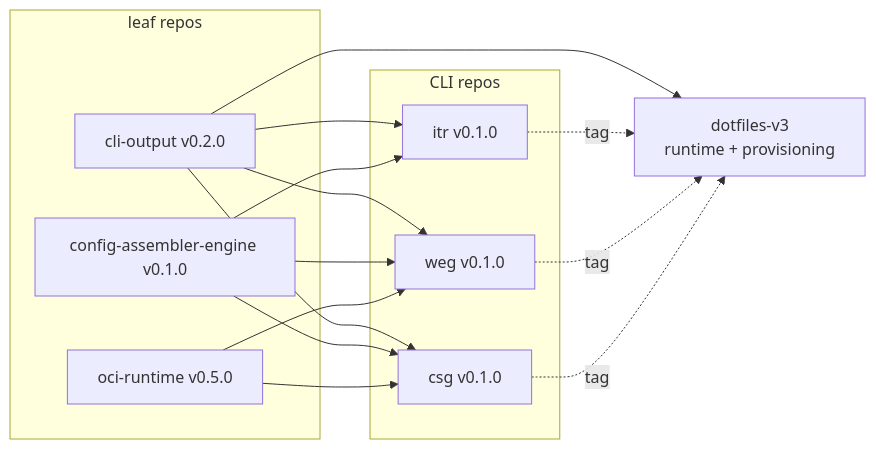
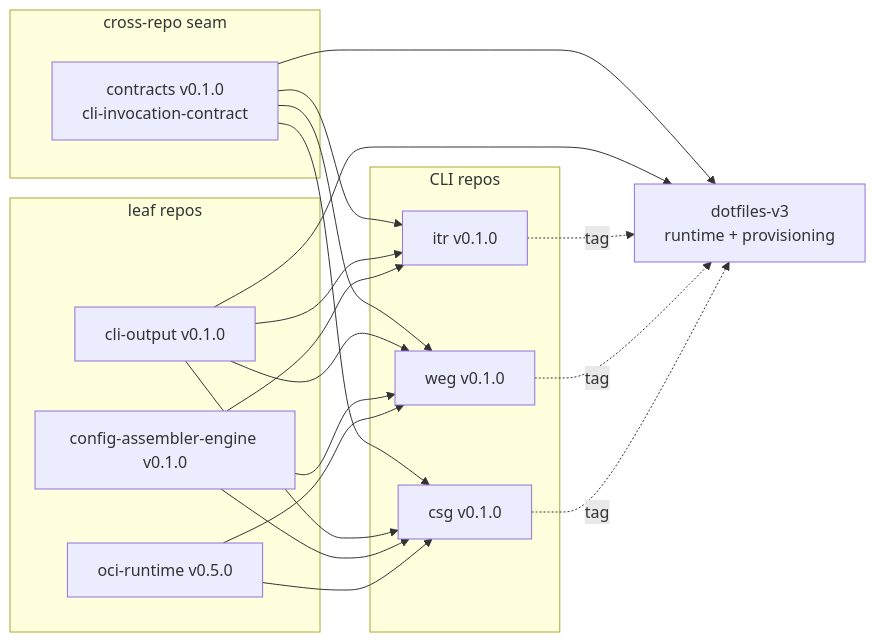
The second of 3 diagrams in _bmad-output/planning-artifacts/architecture/architecture-cli-repos-2026-10-19/ARCHITECTURE-SPINE.md (RandomGenericUsername/dotfiles-v3), drawn with Mermaid before and after one commit. The commit also changed other lines of this file and 3 other files, not shown here.

First line of the commit message:
docs(architecture): move CLI invocation contract to contracts repo (AD-4)

````diff
--- a/_bmad-output/planning-artifacts/architecture/architecture-cli-repos-2026-10-19/ARCHITECTURE-SPINE.md
+++ b/_bmad-output/planning-artifacts/architecture/architecture-cli-repos-2026-10-19/ARCHITECTURE-SPINE.md
@@ -240,26 +248,33 @@
 ```mermaid
 graph LR
   subgraph leaves["leaf repos"]
-    CO["cli-output v0.2.0"]
+    CO["cli-output v0.1.0"]
     CAE["config-assembler-engine v0.1.0"]
     OCI["oci-runtime v0.5.0"]
+  end
+  subgraph seam["cross-repo seam"]
+    CTR["contracts v0.1.0<br/>cli-invocation-contract"]
   end
   subgraph clis["CLI repos"]
     ITR["itr v0.1.0"]
     WEG["weg v0.1.0"]
     CSG["csg v0.1.0"]
   end
   D["dotfiles-v3<br/>runtime + provisioning"]
+  CTR --> ITR
+  CTR --> WEG
+  CTR --> CSG
+  CTR --> D
   CO --> ITR
   CO --> WEG
   CO --> CSG
   CO --> D
   CAE --> ITR
   CAE --> WEG
   CAE --> CSG
   OCI --> WEG
   OCI --> CSG
   ITR -. "tag" .-> D
   WEG -. "tag" .-> D
   CSG -. "tag" .-> D
 ```
````
